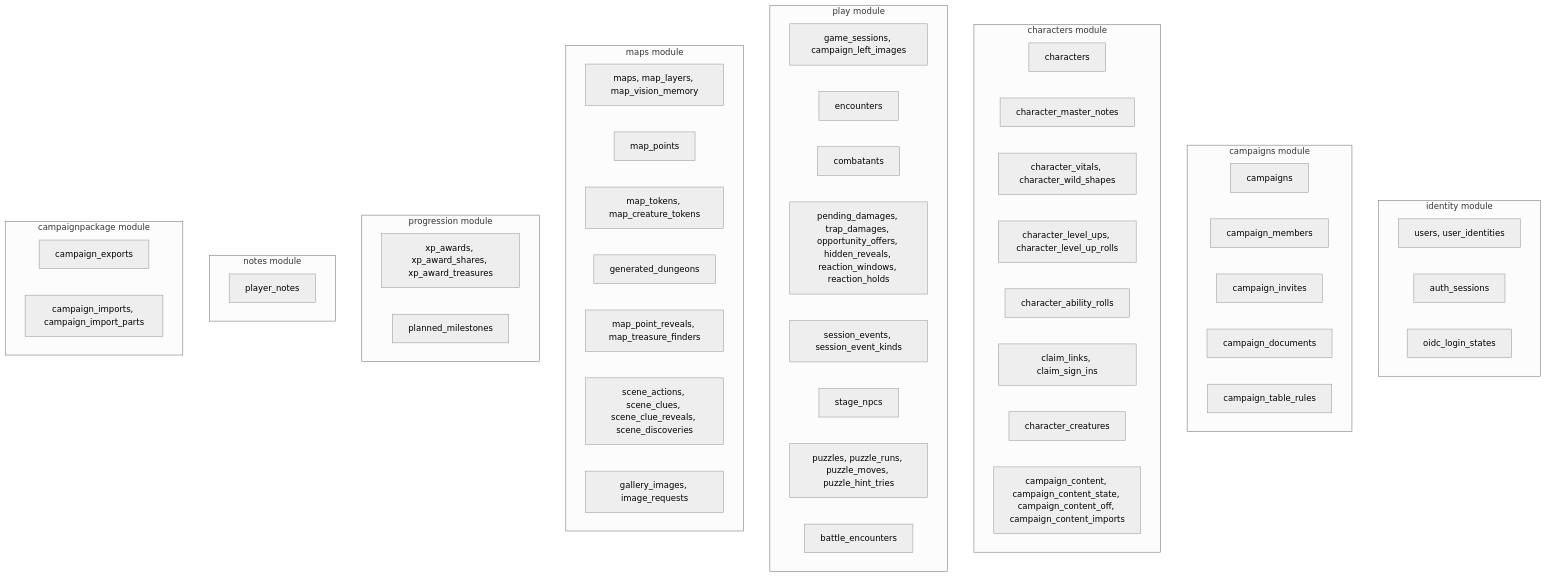
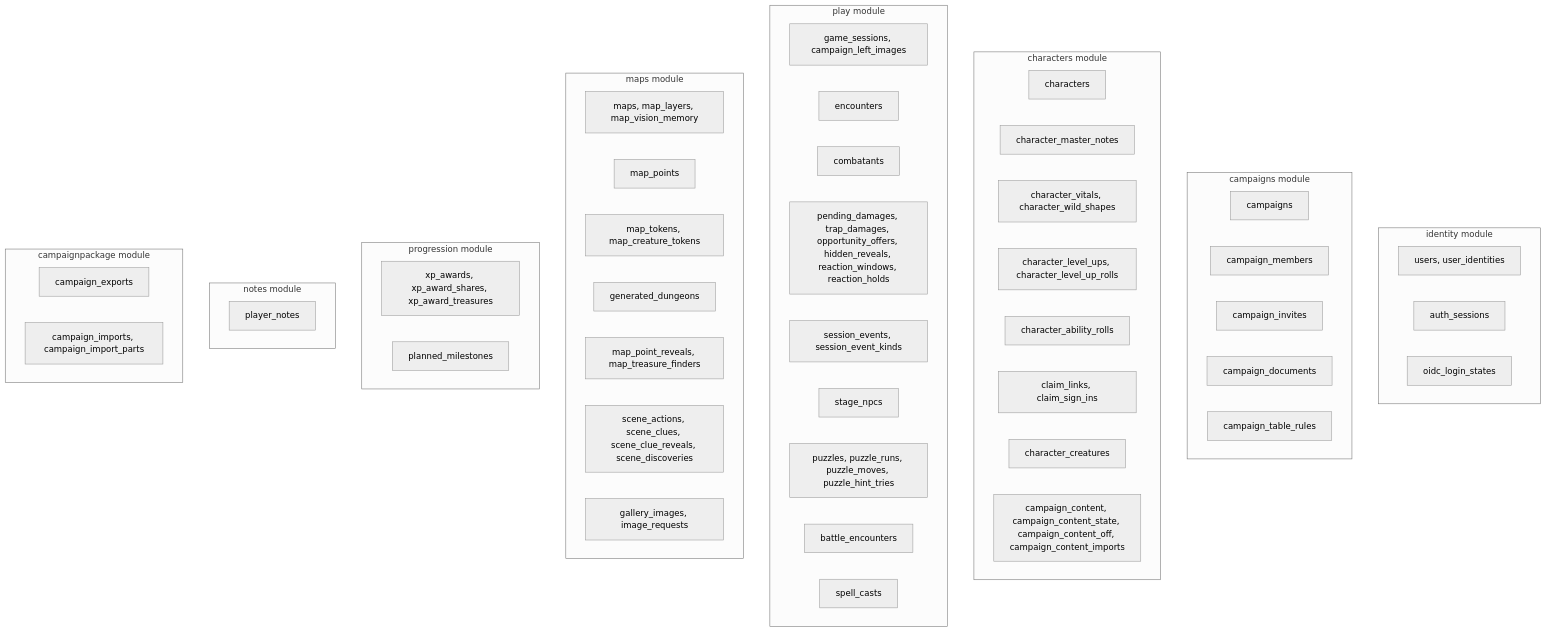
The first of 7 diagrams in docs/data.md (PuraFome/meuRPG), drawn with Mermaid (neutral theme) before and after one commit. The commit also changed other lines of this file and 86 other files, not shown here.

````diff
--- a/docs/data.md
+++ b/docs/data.md
@@ -29,62 +29,63 @@
 ```mermaid
 flowchart TD
     subgraph identity["identity module"]
         t_users["users, user_identities"]
         t_auth_sessions["auth_sessions"]
         t_oidc_login_states["oidc_login_states"]
     end
 
     subgraph campaigns_mod["campaigns module"]
         t_campaigns["campaigns"]
         t_campaign_members["campaign_members"]
         t_campaign_invites["campaign_invites"]
         t_campaign_documents["campaign_documents"]
         t_campaign_table_rules["campaign_table_rules"]
     end
 
     subgraph characters_mod["characters module"]
         t_characters["characters"]
         t_character_master_notes["character_master_notes"]
         t_character_vitals["character_vitals, character_wild_shapes"]
         t_character_level_ups["character_level_ups, character_level_up_rolls"]
         t_character_ability_rolls["character_ability_rolls"]
         t_claim_links["claim_links, claim_sign_ins"]
         t_character_creatures["character_creatures"]
         t_campaign_content["campaign_content, campaign_content_state, campaign_content_off, campaign_content_imports"]
     end
 
     subgraph play["play module"]
         t_game_sessions["game_sessions, campaign_left_images"]
         t_encounters["encounters"]
         t_combatants["combatants"]
         t_damage["pending_damages, trap_damages, opportunity_offers, hidden_reveals, reaction_windows, reaction_holds"]
         t_session_events["session_events, session_event_kinds"]
         t_stage_npcs["stage_npcs"]
         t_puzzles["puzzles, puzzle_runs, puzzle_moves, puzzle_hint_tries"]
         t_battle_encounters["battle_encounters"]
+        t_spell_casts["spell_casts"]
     end
 
     subgraph maps_mod["maps module"]
         t_maps["maps, map_layers, map_vision_memory"]
         t_map_points["map_points"]
         t_map_tokens["map_tokens, map_creature_tokens"]
         t_generated_dungeons["generated_dungeons"]
         t_map_point_reveals["map_point_reveals, map_treasure_finders"]
         t_scene["scene_actions, scene_clues, scene_clue_reveals, scene_discoveries"]
         t_gallery_images["gallery_images, image_requests"]
     end
 
     subgraph progression["progression module"]
         t_xp_awards["xp_awards, xp_award_shares, xp_award_treasures"]
         t_planned_milestones["planned_milestones"]
     end
 
     subgraph notes_mod["notes module"]
         t_player_notes["player_notes"]
     end
 
     subgraph package_mod["campaignpackage module"]
         t_exports["campaign_exports"]
         t_imports["campaign_imports, campaign_import_parts"]
     end
 ```
````
